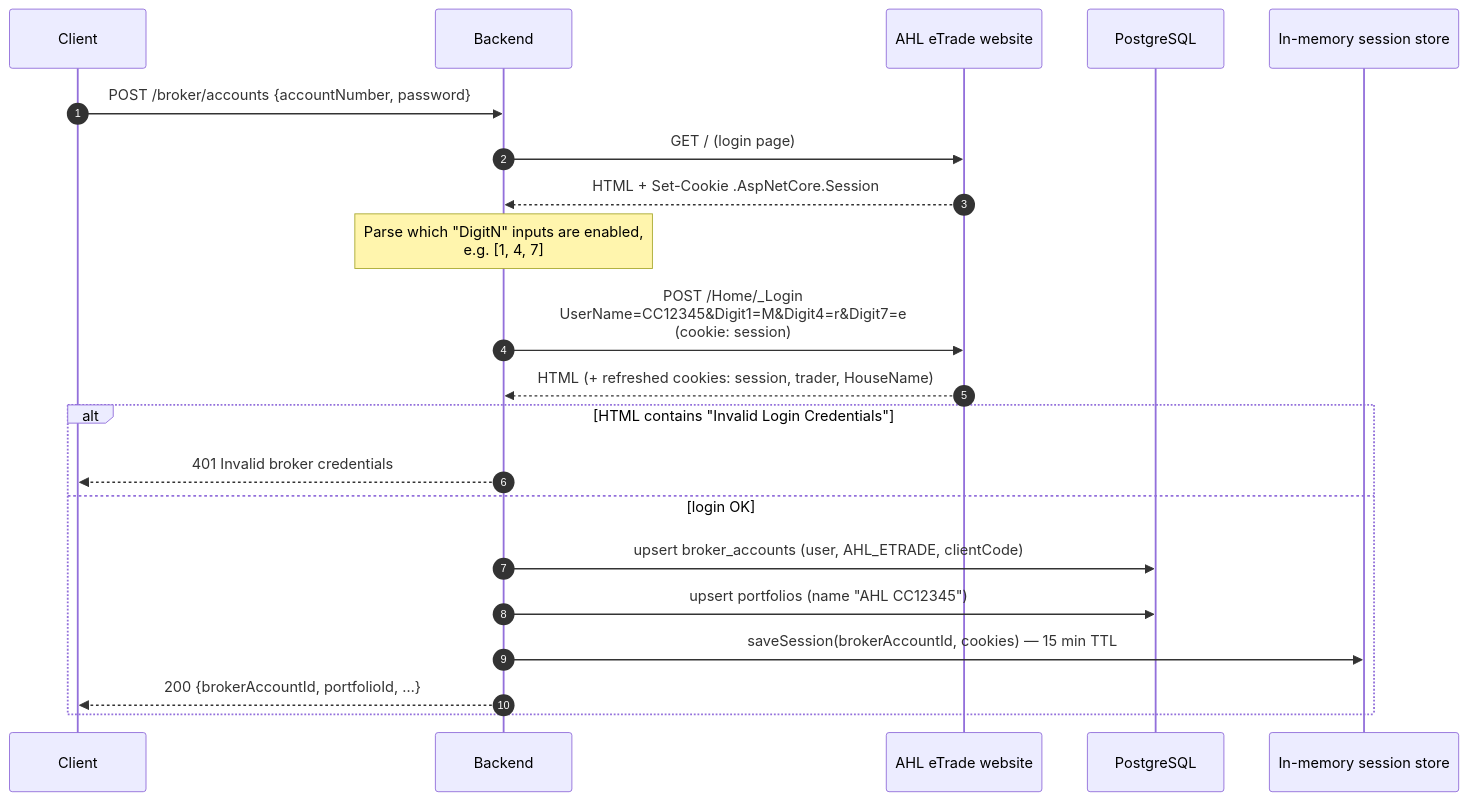
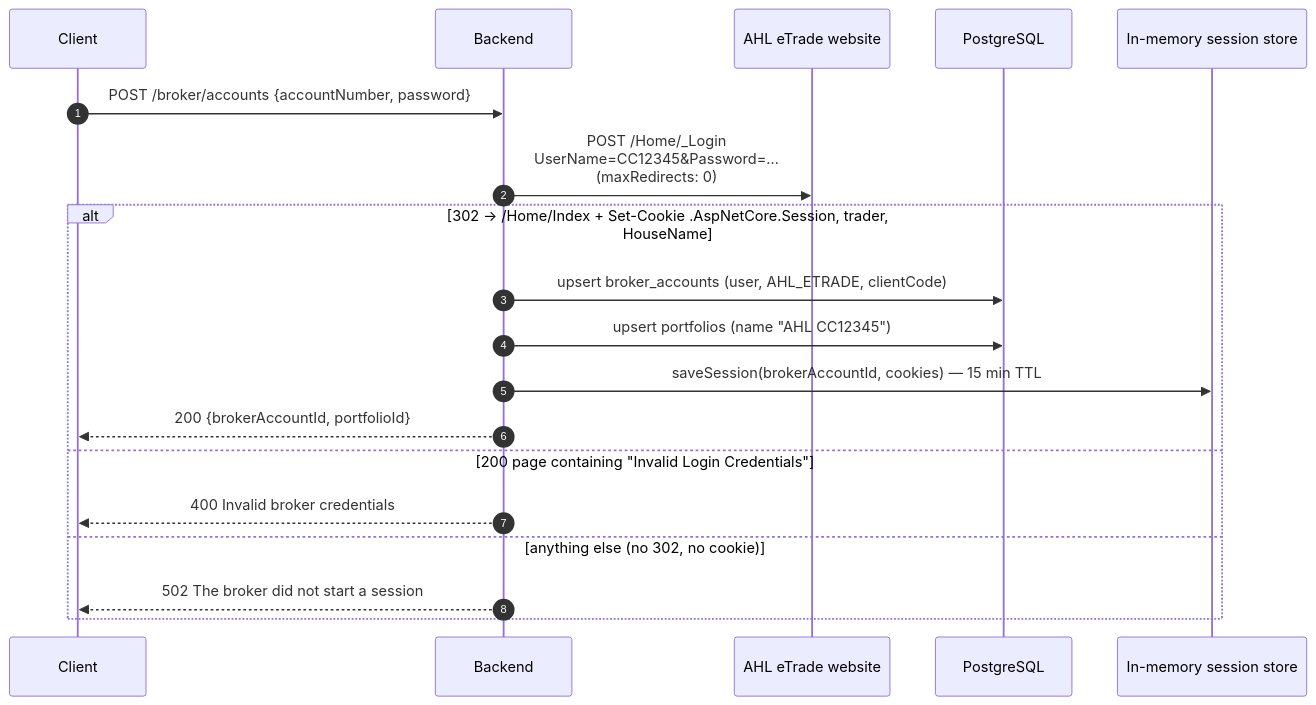
The third of 4 diagrams in docs/API_DOCUMENTATION.md (Ahmiii/StocksBE), drawn with Mermaid before and after one commit. The commit also changed other lines of this file, not shown here.

Commit message:
update api documentation

````diff
--- a/docs/API_DOCUMENTATION.md
+++ b/docs/API_DOCUMENTATION.md
@@ -1436,24 +1561,22 @@
 ```mermaid
 sequenceDiagram
     autonumber
     participant C as Client
     participant API as Backend
     participant B as AHL eTrade website
     participant DB as PostgreSQL
     participant M as In-memory session store
 
     C->>API: POST /broker/accounts {accountNumber, password}
-    API->>B: GET / (login page)
-    B-->>API: HTML + Set-Cookie .AspNetCore.Session
-    Note over API: Parse which "DigitN" inputs are enabled,<br/>e.g. [1, 4, 7]
-    API->>B: POST /Home/_Login<br/>UserName=CC12345&Digit1=M&Digit4=r&Digit7=e<br/>(cookie: session)
-    B-->>API: HTML (+ refreshed cookies: session, trader, HouseName)
-    alt HTML contains "Invalid Login Credentials"
-        API-->>C: 401 Invalid broker credentials
-    else login OK
+    API->>B: POST /Home/_Login<br/>UserName=CC12345&Password=…<br/>(maxRedirects: 0)
+    alt 302 → /Home/Index + Set-Cookie .AspNetCore.Session, trader, HouseName
         API->>DB: upsert broker_accounts (user, AHL_ETRADE, clientCode)
         API->>DB: upsert portfolios (name "AHL CC12345")
         API->>M: saveSession(brokerAccountId, cookies) — 15 min TTL
-        API-->>C: 200 {brokerAccountId, portfolioId, …}
+        API-->>C: 200 {brokerAccountId, portfolioId}
+    else 200 page containing "Invalid Login Credentials"
+        API-->>C: 400 Invalid broker credentials
+    else anything else (no 302, no cookie)
+        API-->>C: 502 The broker did not start a session
     end
 ```
````
